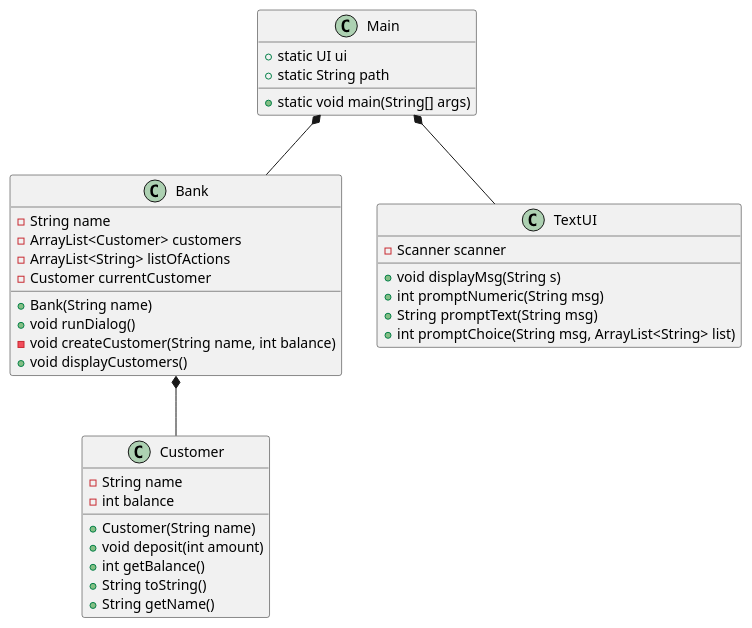
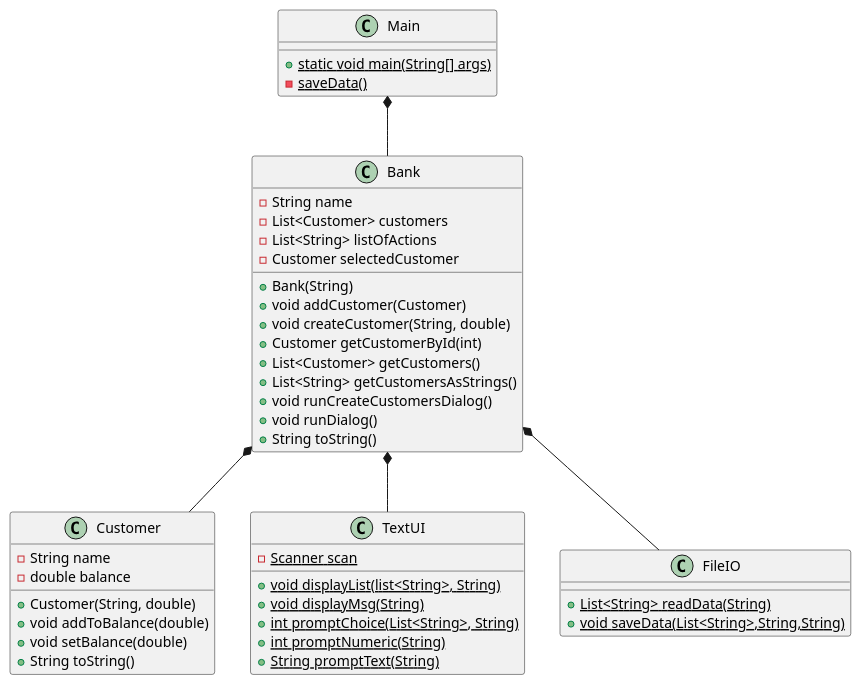
One commit to Dat1Cphbusiness/BankSystem changed the diagram in doc/classdiagram.puml. Above: the diagram before and after it, drawn with PlantUML. The commit also changed 3 other files, not shown here.

```diff
--- a/doc/classdiagram.puml
+++ b/doc/classdiagram.puml
@@ -1,42 +1,53 @@
 @startuml
 class Main{
-+ static UI ui
-+ static String path
-+ static void main(String[] args)
+ {static}+ static void main(String[] args)
+ {static}- saveData()
+}
+
+class Bank{
+ - String name
+ - List<Customer> customers
+ - List<String> listOfActions
+ - Customer selectedCustomer
+ + Bank(String)
+ + void addCustomer(Customer)
+ + void createCustomer(String, double)
+ + Customer getCustomerById(int)
+ + List<Customer> getCustomers()
+ + List<String> getCustomersAsStrings()
+ + void runCreateCustomersDialog()
+ + void runDialog()
+ + String toString()
+}
+
+class Customer{
+ - String name
+ - double balance
+ + Customer(String, double)
+ + void addToBalance(double)
+ + void setBalance(double)
+ + String toString()
+
+}
+
+class TextUI{
+ {static}- Scanner scan
+ {static}+ void displayList(list<String>, String)
+ {static}+ void displayMsg(String)
+ {static}+ int promptChoice(List<String>, String)
+ {static}+int promptNumeric(String)
+ {static}+ String promptText(String)
+
+}
+class FileIO{
+{static}+List<String> readData(String)
+{static}+void saveData(List<String>,String,String)
 }
 
 
-class Bank{
- - String name
- - ArrayList<Customer> customers
- - ArrayList<String> listOfActions
- - Customer currentCustomer
- + Bank(String name)
- + void runDialog()
- - void createCustomer(String name, int balance)
- + void displayCustomers()
-}
-
-class Customer{
-- String name
-- int balance
-+ Customer(String name)
-+ void deposit(int amount)
-+ int getBalance()
-+ String toString()
-+ String getName()
-}
-
-class TextUI{
-- Scanner scanner
-+ void displayMsg(String s)
-+ int promptNumeric(String msg)
-+ String promptText(String msg)
-+ int promptChoice(String msg, ArrayList<String> list)
-}
-
-Main *-- TextUI
 Main *-- Bank
 Bank *-- Customer
+Bank *-- TextUI
+Bank *-- FileIO
 
 @enduml
```
